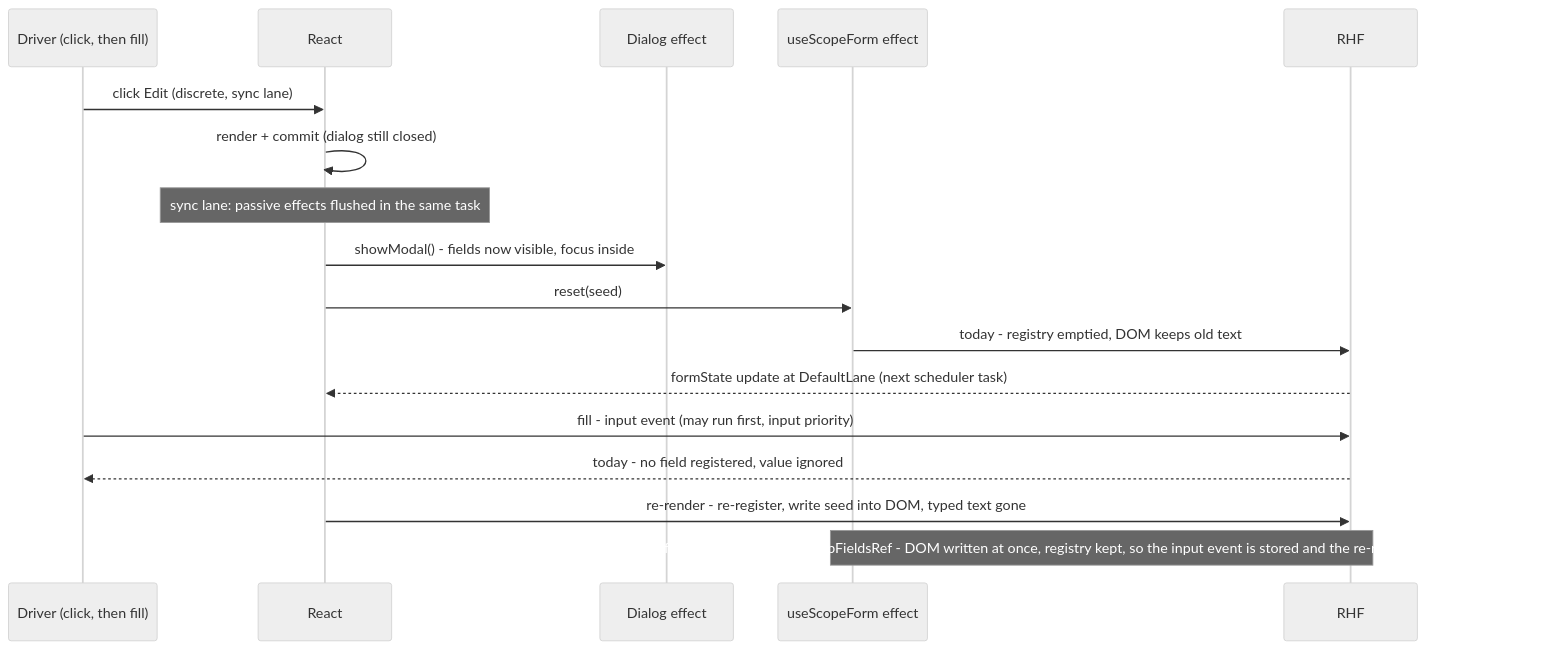
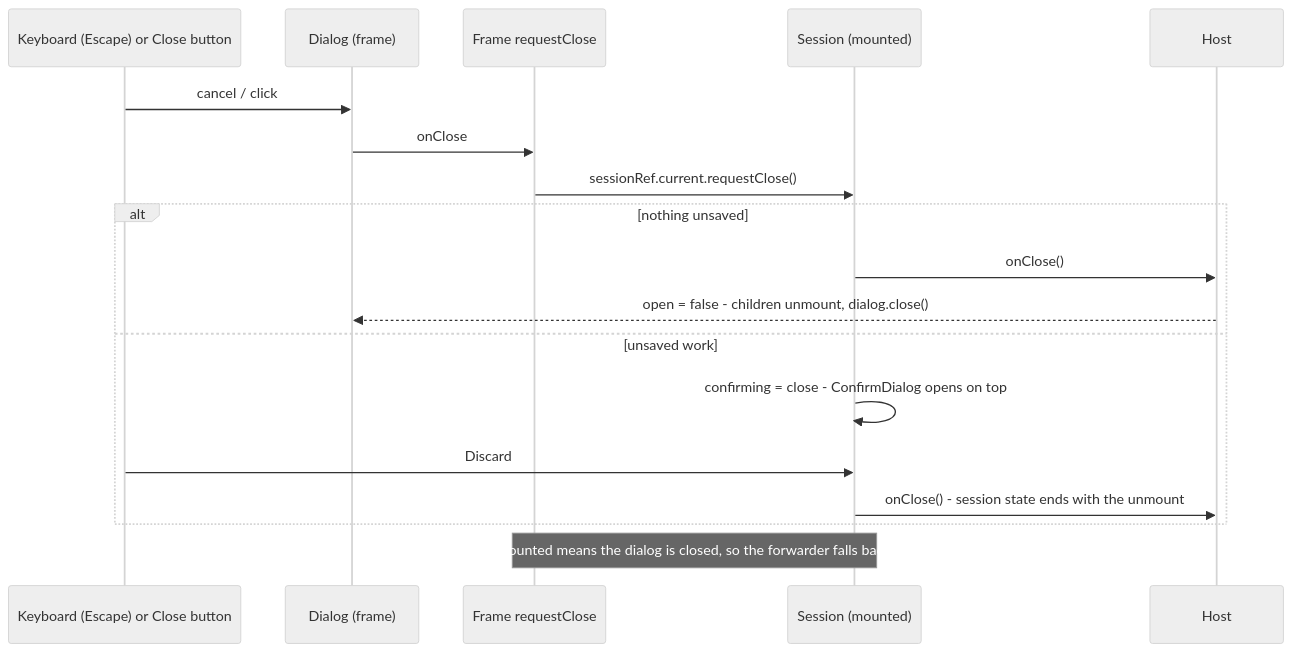
Before and after one commit to HuttonHomeHub/SchedulePoint_1: the second of 3 diagrams in docs/specs/activity-editor-seeding/feature-spec.md, drawn with Mermaid (neutral theme). The commit also changed other lines of this file and 1 other file, not shown here.

````diff
--- a/docs/specs/activity-editor-seeding/feature-spec.md
+++ b/docs/specs/activity-editor-seeding/feature-spec.md
@@ -390,19 +346,20 @@
 ```mermaid
 sequenceDiagram
-  participant U as Driver (click, then fill)
-  participant R as React
-  participant D as Dialog effect
-  participant F as useScopeForm effect
-  participant H as RHF
-  U->>R: click Edit (discrete, sync lane)
-  R->>R: render + commit (dialog still closed)
-  Note over R: sync lane: passive effects flushed in the same task
-  R->>D: showModal() - fields now visible, focus inside
-  R->>F: reset(seed)
-  F->>H: today - registry emptied, DOM keeps old text
-  H-->>R: formState update at DefaultLane (next scheduler task)
-  U->>H: fill - input event (may run first, input priority)
-  H-->>U: today - no field registered, value ignored
-  R->>H: re-render - re-register, write seed into DOM, typed text gone
-  Note over F,H: after M1 the reset uses keepFieldsRef - DOM written at once, registry kept, so the input event is stored and the re-render does not overwrite it
+  participant K as Keyboard (Escape) or Close button
+  participant D as Dialog (frame)
+  participant F as Frame requestClose
+  participant S as Session (mounted)
+  participant H as Host
+  K->>D: cancel / click
+  D->>F: onClose
+  F->>S: sessionRef.current.requestClose()
+  alt nothing unsaved
+    S->>H: onClose()
+    H-->>D: open = false - children unmount, dialog.close()
+  else unsaved work
+    S->>S: confirming = close - ConfirmDialog opens on top
+    K->>S: Discard
+    S->>H: onClose() - session state ends with the unmount
+  end
+  Note over F,S: no session mounted means the dialog is closed, so the forwarder falls back to onClose
 ```
````
